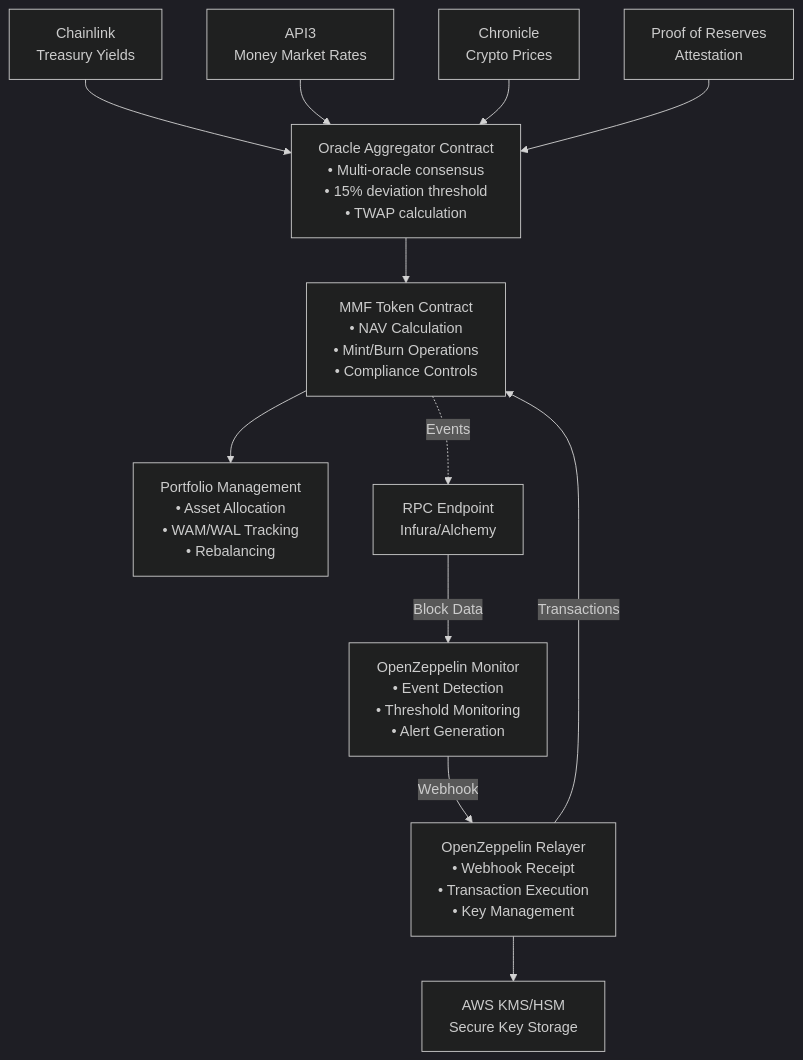
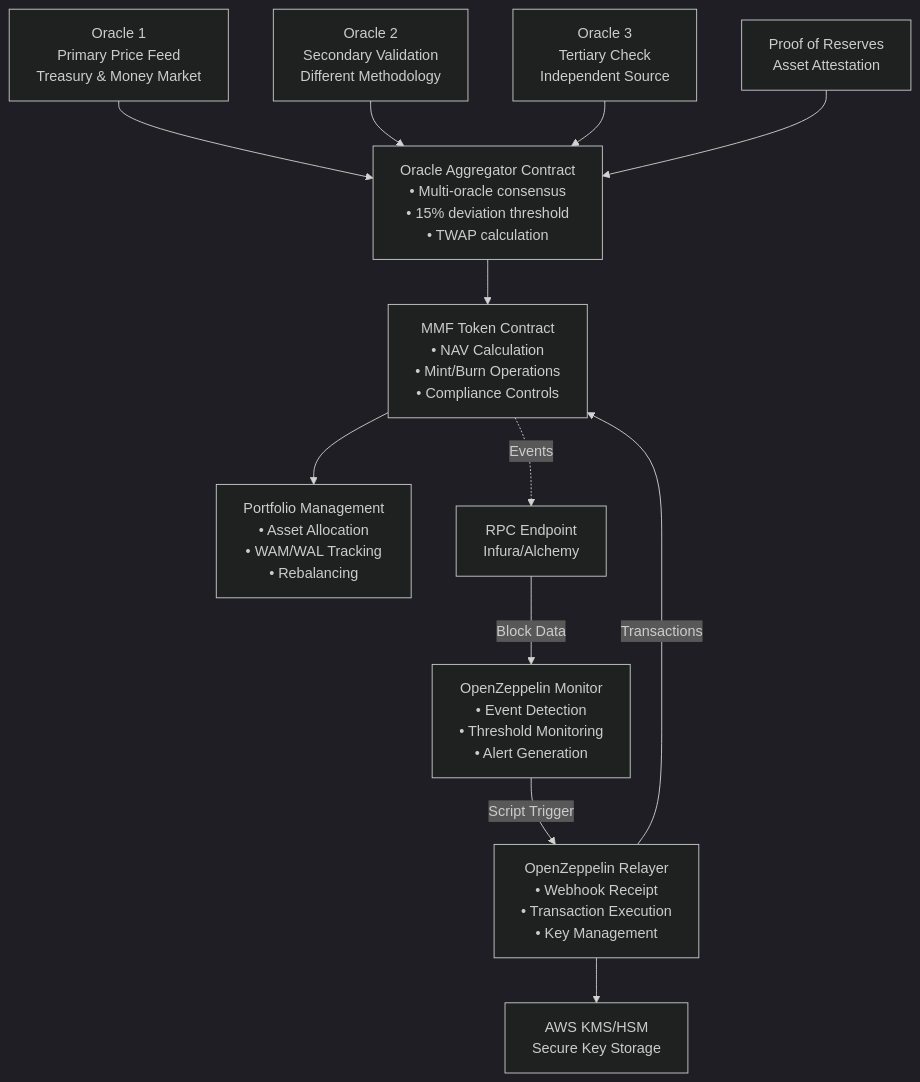
The first of 3 diagrams in deliverables/2/exercise-2-architecture-mermaid.md (nopslip/oz-work-trial), drawn with Mermaid (dark theme) before and after one commit. The commit also changed other lines of this file and 6 other files, not shown here.

First line of the commit message:
refactor: Update Exercise 2 for generic oracle approach and script triggers

````diff
--- a/deliverables/2/exercise-2-architecture-mermaid.md
+++ b/deliverables/2/exercise-2-architecture-mermaid.md
@@ -5,33 +5,33 @@
 ```mermaid
 graph TB
-    CL[Chainlink<br/>Treasury Yields]
-    API[API3<br/>Money Market Rates]
-    CHR[Chronicle<br/>Crypto Prices]
-    POR[Proof of Reserves<br/>Attestation]
+    O1[Oracle 1<br/>Primary Price Feed<br/>Treasury & Money Market]
+    O2[Oracle 2<br/>Secondary Validation<br/>Different Methodology]
+    O3[Oracle 3<br/>Tertiary Check<br/>Independent Source]
+    POR[Proof of Reserves<br/>Asset Attestation]
     
     OA[Oracle Aggregator Contract<br/>• Multi-oracle consensus<br/>• 15% deviation threshold<br/>• TWAP calculation]
     
     MMF[MMF Token Contract<br/>• NAV Calculation<br/>• Mint/Burn Operations<br/>• Compliance Controls]
     PM[Portfolio Management<br/>• Asset Allocation<br/>• WAM/WAL Tracking<br/>• Rebalancing]
     
     RPC[RPC Endpoint<br/>Infura/Alchemy]
     MON[OpenZeppelin Monitor<br/>• Event Detection<br/>• Threshold Monitoring<br/>• Alert Generation]
     
     REL[OpenZeppelin Relayer<br/>• Webhook Receipt<br/>• Transaction Execution<br/>• Key Management]
     KMS[AWS KMS/HSM<br/>Secure Key Storage]
     
-    CL --> OA
-    API --> OA
-    CHR --> OA
+    O1 --> OA
+    O2 --> OA
+    O3 --> OA
     POR --> OA
     
     OA --> MMF
     MMF --> PM
     
     MMF -.->|Events| RPC
     RPC -->|Block Data| MON
-    MON -->|Webhook| REL
+    MON -->|Script Trigger| REL
     REL -->|Transactions| MMF
     REL --> KMS
     
 ```
````
